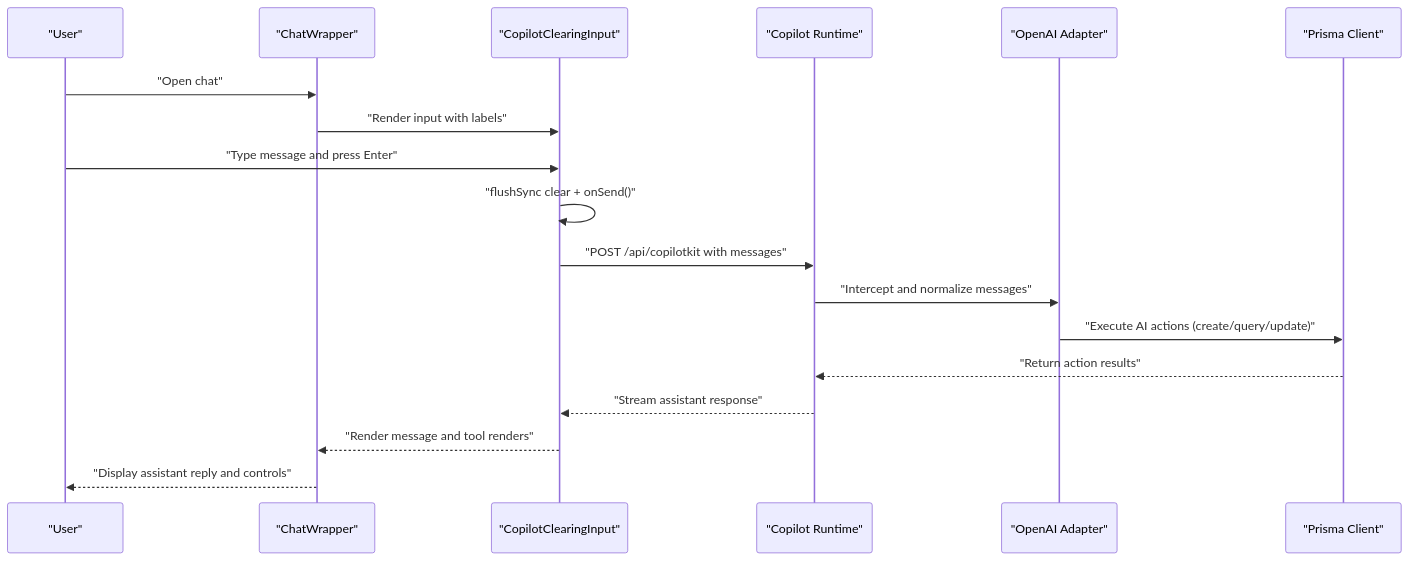
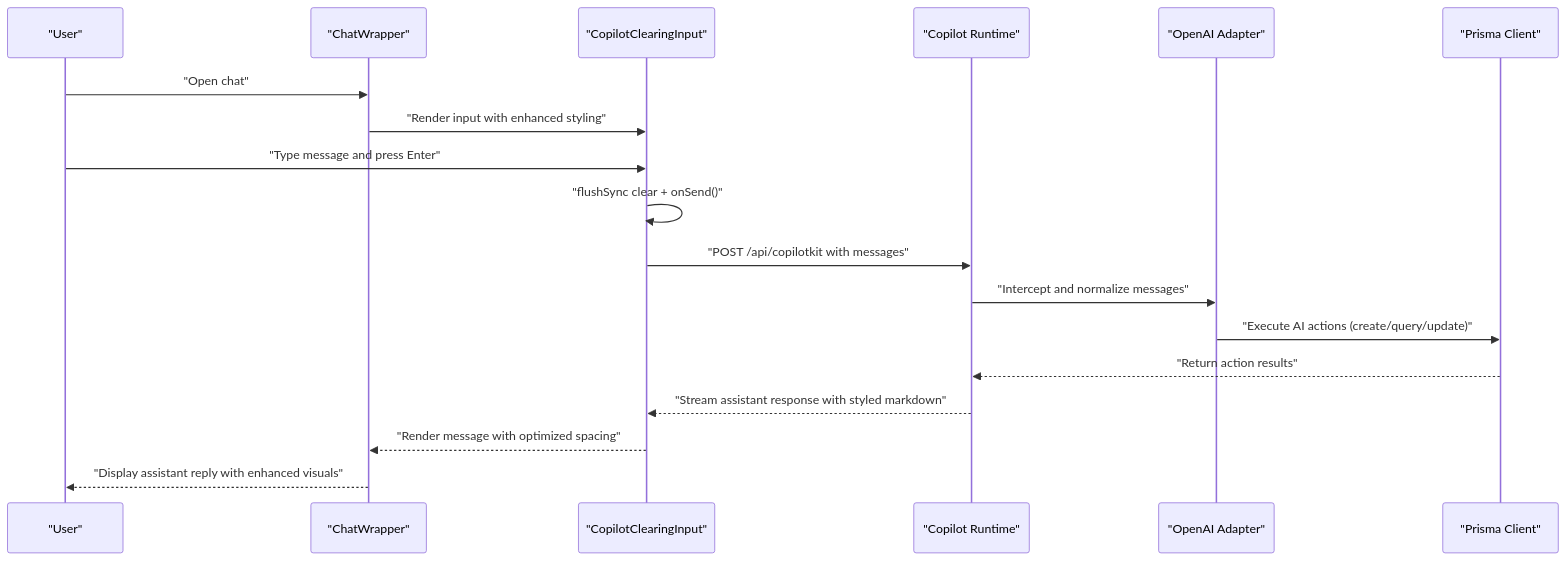
Before and after one commit to peixuanhu/goal-mate: the second of 6 diagrams in .qoder/repowiki/en/content/Feature Modules/AI Chat Interface.md, drawn with Mermaid. The commit also changed other lines of this file and 10 other files, not shown here.

````diff
--- a/.qoder/repowiki/en/content/Feature Modules/AI Chat Interface.md
+++ b/.qoder/repowiki/en/content/Feature Modules/AI Chat Interface.md
@@ -97,20 +112,20 @@
 ```mermaid
 sequenceDiagram
 participant U as "User"
 participant CW as "ChatWrapper"
 participant CI as "CopilotClearingInput"
 participant CR as "Copilot Runtime"
 participant OA as "OpenAI Adapter"
 participant DB as "Prisma Client"
 U->>CW : "Open chat"
-CW->>CI : "Render input with labels"
+CW->>CI : "Render input with enhanced styling"
 U->>CI : "Type message and press Enter"
 CI->>CI : "flushSync clear + onSend()"
 CI->>CR : "POST /api/copilotkit with messages"
 CR->>OA : "Intercept and normalize messages"
 OA->>DB : "Execute AI actions (create/query/update)"
 DB-->>CR : "Return action results"
-CR-->>CI : "Stream assistant response"
-CI-->>CW : "Render message and tool renders"
-CW-->>U : "Display assistant reply and controls"
+CR-->>CI : "Stream assistant response with styled markdown"
+CI-->>CW : "Render message with optimized spacing"
+CW-->>U : "Display assistant reply with enhanced visuals"
 ```
````
